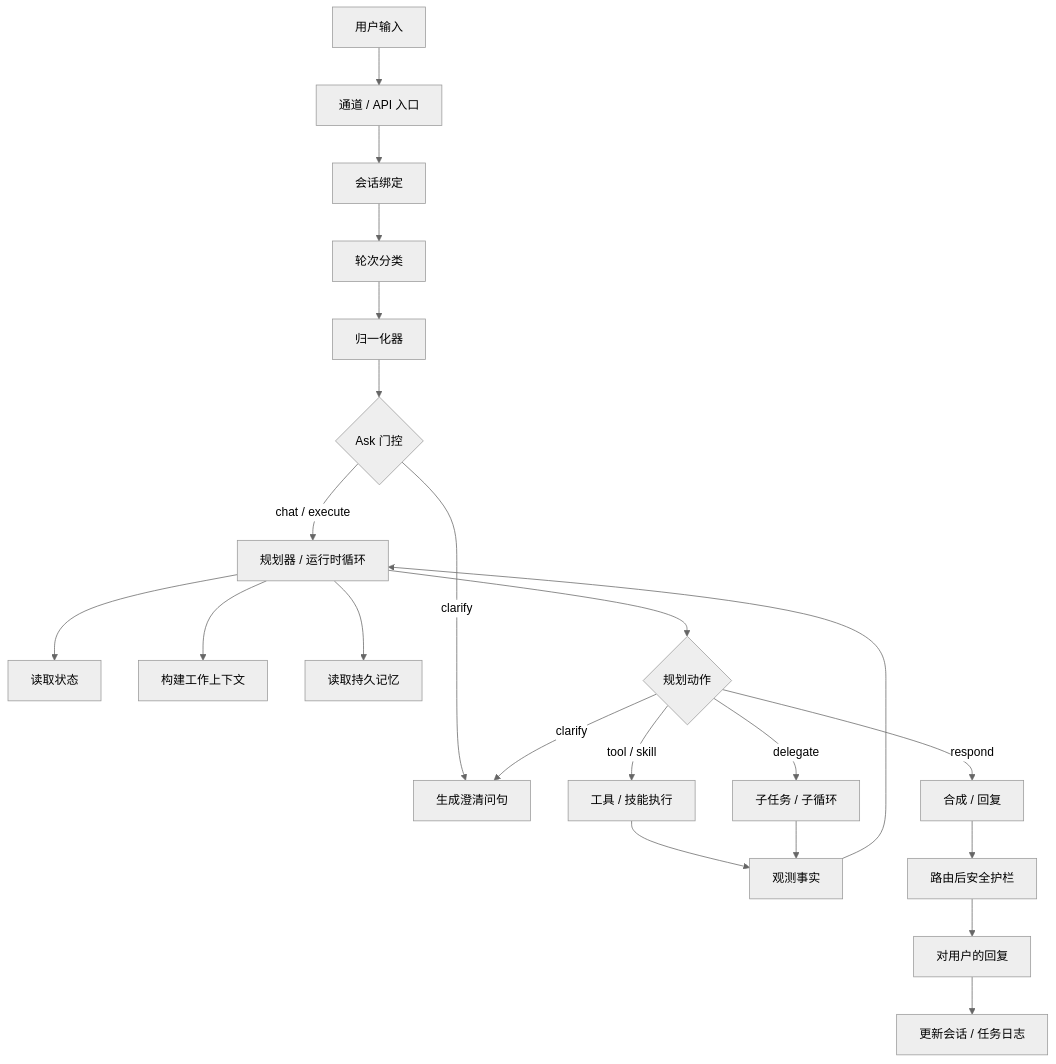
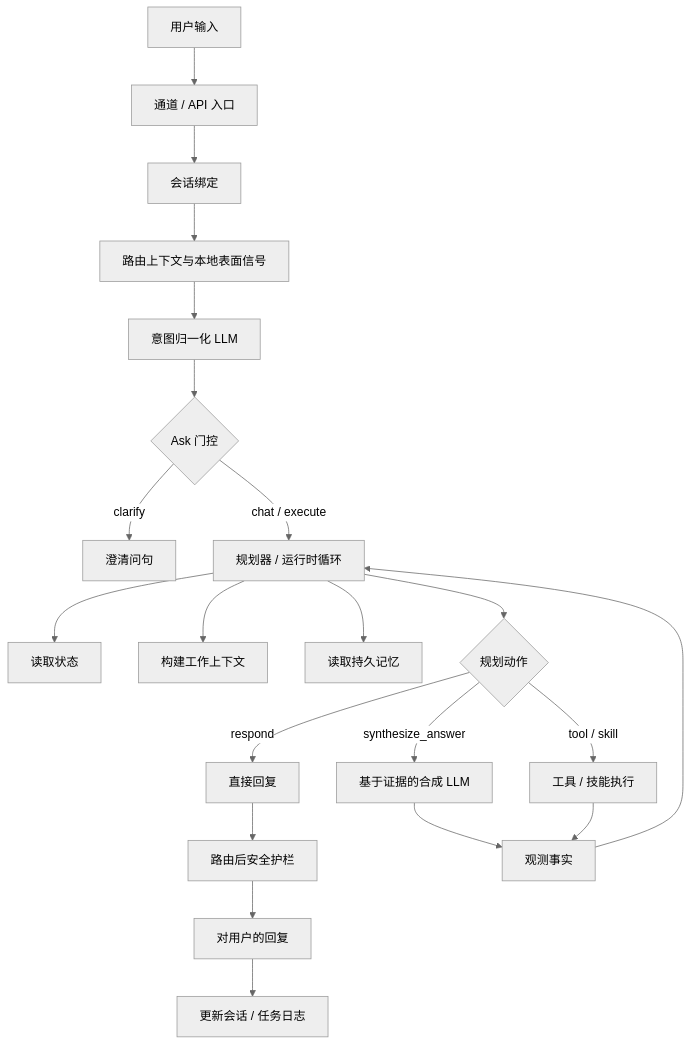
The first of 2 diagrams in README.zh-CN.md (MatrixCoreX/RustClaw), drawn with Mermaid (neutral theme) before and after one commit. The commit also changed other lines of this file and 2 other files, not shown here.

Commit message:
docs: align README architecture diagrams with clawd runtime

````diff
--- a/README.zh-CN.md
+++ b/README.zh-CN.md
@@ -28,24 +28,23 @@
 ```mermaid
 flowchart TD
     A[用户输入] --> B[通道 / API 入口]
     B --> C[会话绑定]
-    C --> D[轮次分类]
-    D --> E[归一化器]
+    C --> D[路由上下文与本地表面信号]
+    D --> E[意图归一化 LLM]
     E --> F{Ask 门控}
-    F -->|clarify| G[生成澄清问句]
+    F -->|clarify| G[澄清问句]
     F -->|chat / execute| H[规划器 / 运行时循环]
     H --> I[读取状态]
     H --> J[构建工作上下文]
     H --> K[读取持久记忆]
     H --> L{规划动作}
-    L -->|respond| M[合成 / 回复]
+    L -->|respond| M[直接回复]
+    L -->|synthesize_answer| SS[基于证据的合成 LLM]
     L -->|tool / skill| N[工具 / 技能执行]
-    L -->|delegate| O[子任务 / 子循环]
-    L -->|clarify| G
     N --> P[观测事实]
-    O --> P
+    SS --> P
     P --> H
     M --> Q[路由后安全护栏]
     Q --> R[对用户的回复]
     R --> S[更新会话 / 任务日志]
 ```
````
